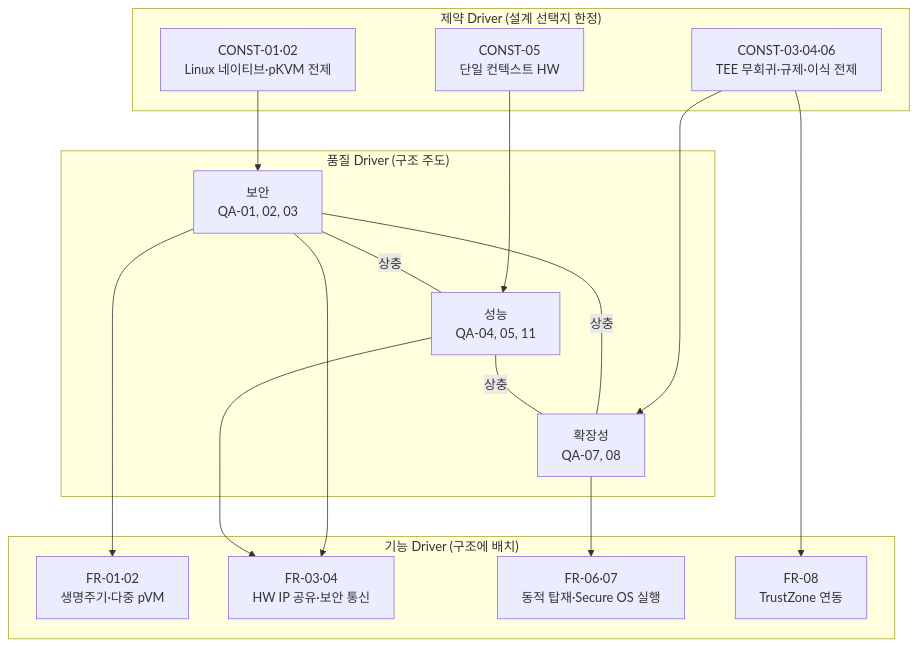
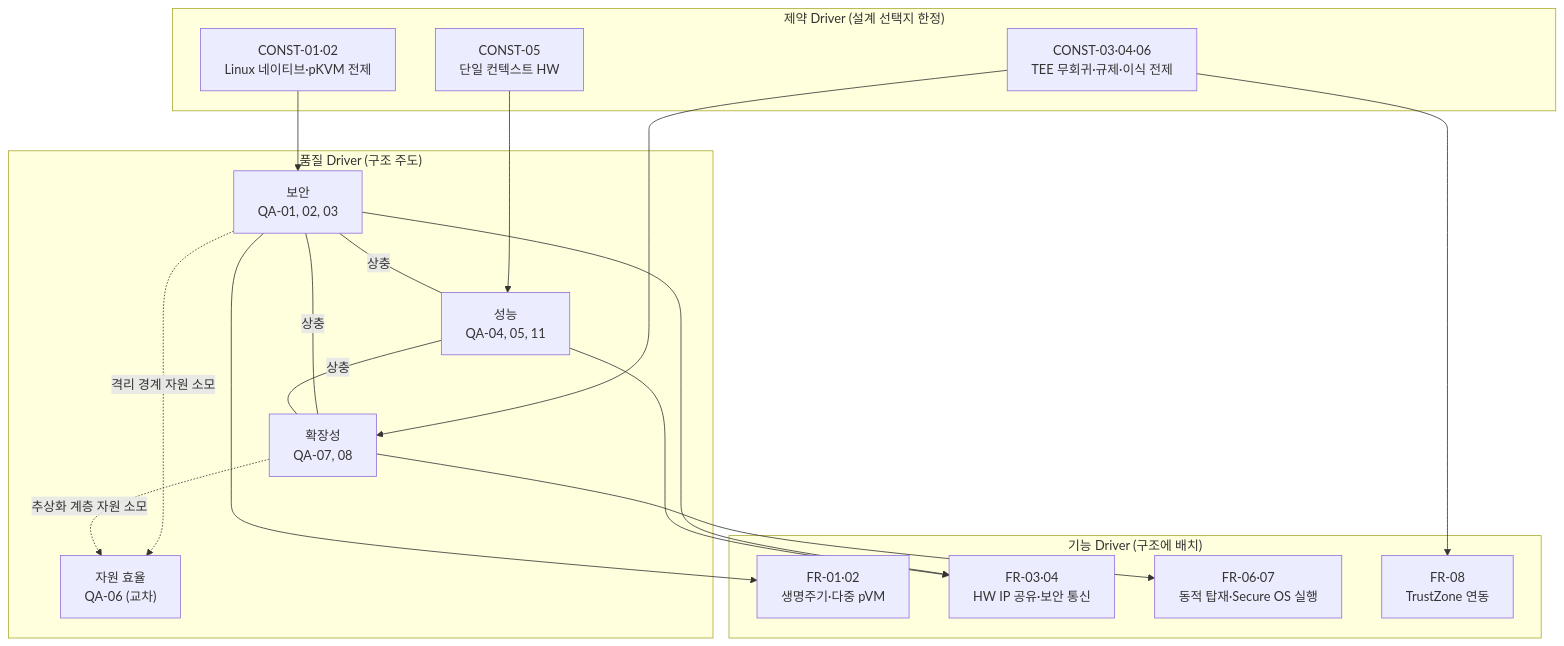
Before and after one commit to boram1288/test-p: the diagram in docs/04_architectural_drivers.md, drawn with Mermaid. The commit also changed other lines of this file and 1 other file, not shown here.

````diff
--- a/docs/04_architectural_drivers.md
+++ b/docs/04_architectural_drivers.md
@@ -91,31 +91,34 @@
 ```mermaid
 flowchart TB
     subgraph const_d["제약 Driver (설계 선택지 한정)"]
         C12["CONST-01·02<br/>Linux 네이티브·pKVM 전제"]
         C5["CONST-05<br/>단일 컨텍스트 HW"]
         C36["CONST-03·04·06<br/>TEE 무회귀·규제·이식 전제"]
     end
     subgraph qa_d["품질 Driver (구조 주도)"]
         SEC["보안<br/>QA-01, 02, 03"]
         PERF["성능<br/>QA-04, 05, 11"]
         EXT["확장성<br/>QA-07, 08"]
+        RES["자원 효율<br/>QA-06 (교차)"]
     end
     subgraph fr_d["기능 Driver (구조에 배치)"]
         F12["FR-01·02<br/>생명주기·다중 pVM"]
         F34["FR-03·04<br/>HW IP 공유·보안 통신"]
         F67["FR-06·07<br/>동적 탑재·Secure OS 실행"]
         F8["FR-08<br/>TrustZone 연동"]
     end
 
     C12 --> SEC
     C5 --> PERF
     C36 --> EXT
     SEC ---|"상충"| PERF
     SEC ---|"상충"| EXT
     PERF ---|"상충"| EXT
+    SEC -.->|"격리 경계 자원 소모"| RES
+    EXT -.->|"추상화 계층 자원 소모"| RES
     SEC --> F12
     SEC --> F34
     PERF --> F34
     EXT --> F67
     C36 --> F8
 ```
````
